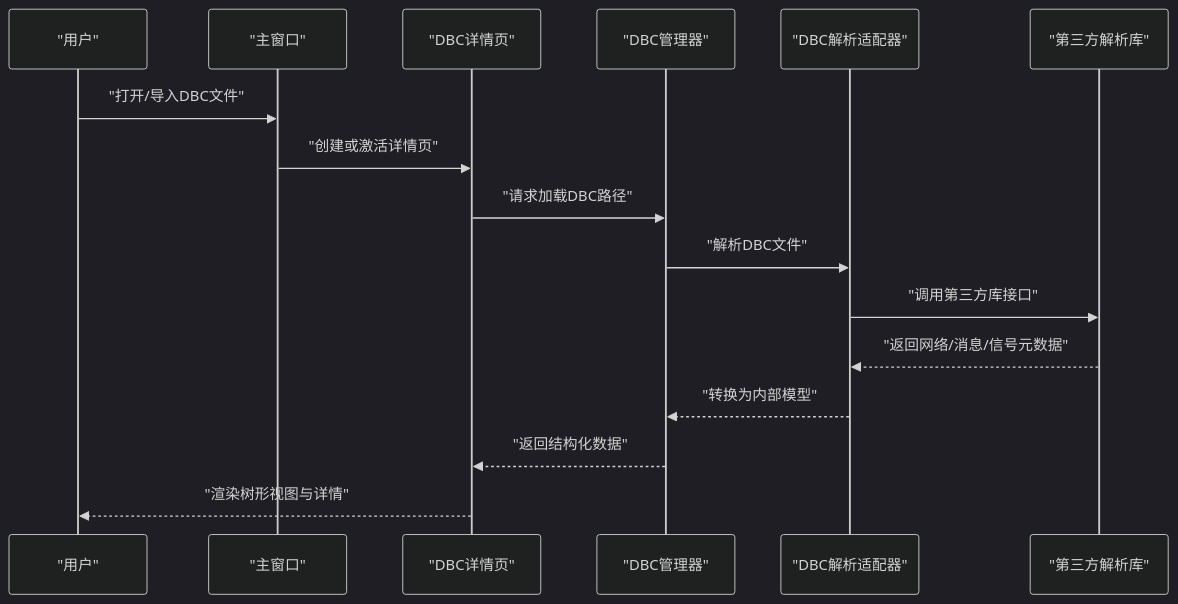
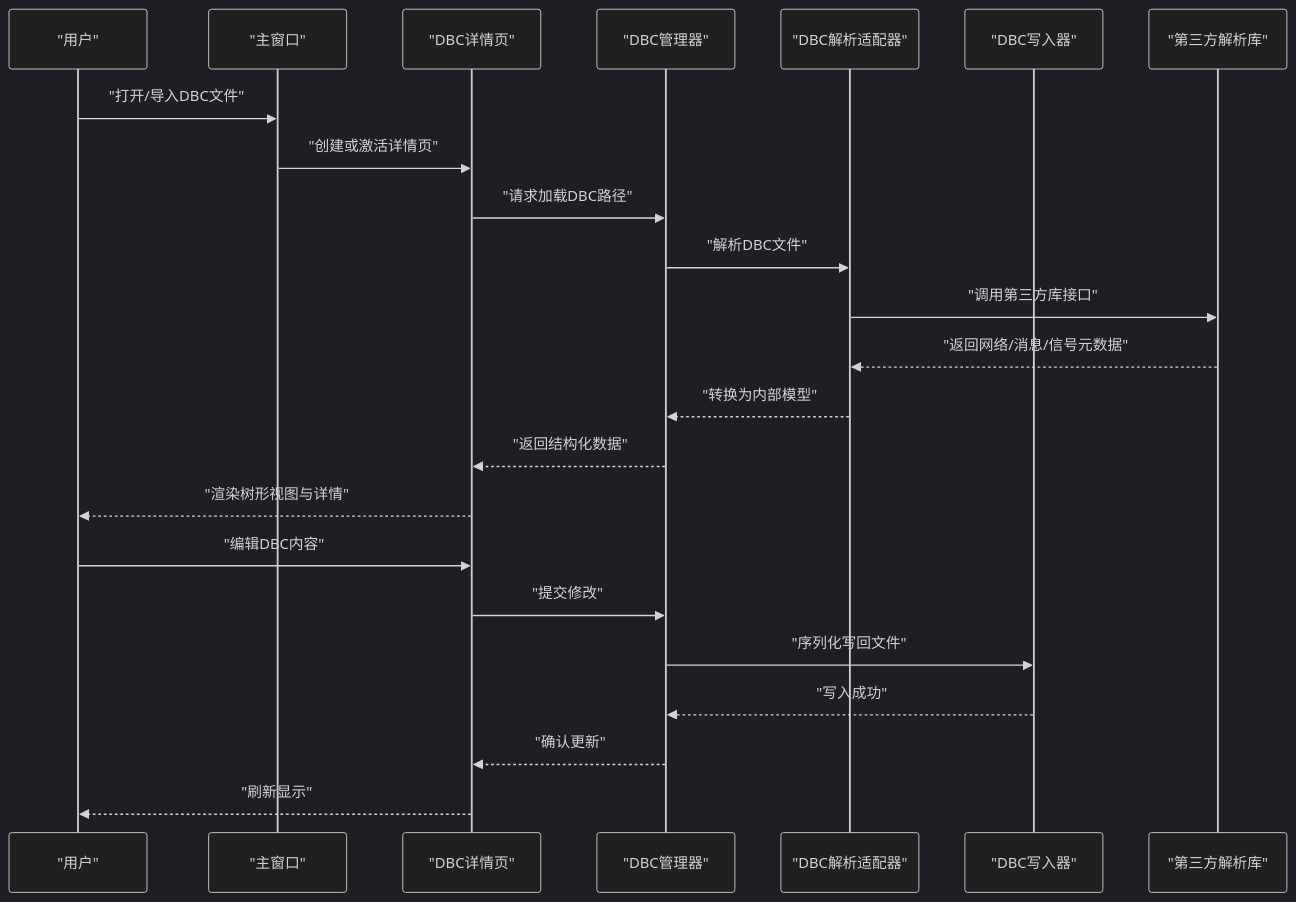
One commit to jakecai1225-design/OpenBus changed the second of 8 diagrams in .qoder/repowiki/zh/content/核心模块详解/DBC文件支持/DBC文件支持.md. Above: the diagram before and after it, drawn with Mermaid (dark theme). The commit also changed other lines of this file and 38 other files, not shown here.

````diff
--- a/.qoder/repowiki/zh/content/核心模块详解/DBC文件支持/DBC文件支持.md
+++ b/.qoder/repowiki/zh/content/核心模块详解/DBC文件支持/DBC文件支持.md
@@ -97,18 +107,25 @@
 ```mermaid
 sequenceDiagram
 participant U as "用户"
 participant MW as "主窗口"
 participant DT as "DBC详情页"
 participant DM as "DBC管理器"
 participant DA as "DBC解析适配器"
+participant DW as "DBC写入器"
 participant DB as "第三方解析库"
 U->>MW : "打开/导入DBC文件"
 MW->>DT : "创建或激活详情页"
 DT->>DM : "请求加载DBC路径"
 DM->>DA : "解析DBC文件"
 DA->>DB : "调用第三方库接口"
 DB-->>DA : "返回网络/消息/信号元数据"
 DA-->>DM : "转换为内部模型"
 DM-->>DT : "返回结构化数据"
 DT-->>U : "渲染树形视图与详情"
+U->>DT : "编辑DBC内容"
+DT->>DM : "提交修改"
+DM->>DW : "序列化写回文件"
+DW-->>DM : "写入成功"
+DM-->>DT : "确认更新"
+DT-->>U : "刷新显示"
 ```
````
